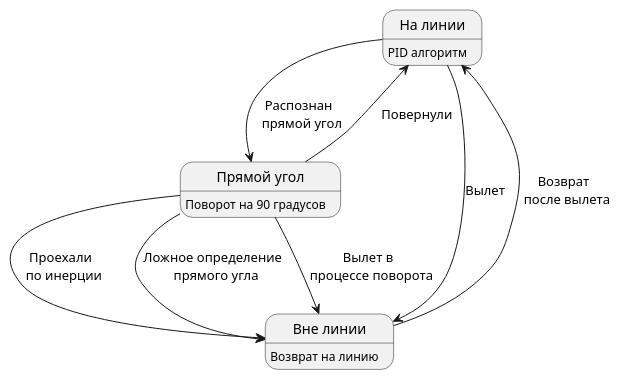
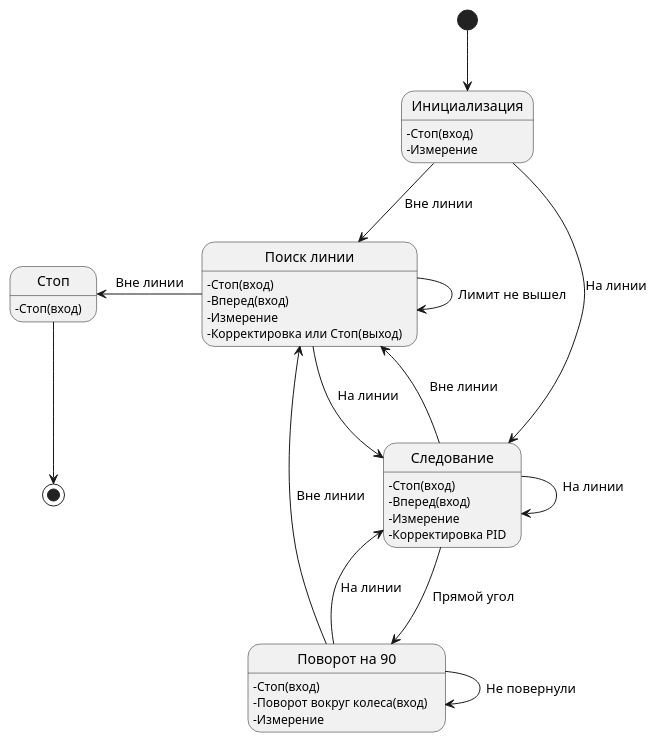
The diagram in doc/bot_state_diagram.puml (makarov-na/alpha-bot2), drawn with PlantUML before and after one commit. The commit also changed other lines of this file and 1 other file, not shown here.

Commit message:
#16 State and class diagrams for state based flow

```diff
--- a/doc/bot_state_diagram.puml
+++ b/doc/bot_state_diagram.puml
@@ -1,18 +1,25 @@
 @startuml
 
-state "На линии" as StateOnLine
-StateOnLine: PID алгоритм
-state "Прямой угол" as StateRightAngle
-StateRightAngle: Поворот на 90 градусов
-state "Вне линии" as StateOffLine
-StateOffLine: Возврат на линию
 
-StateOnLine --> StateRightAngle: Распознан \n прямой угол
-StateOnLine --> StateOffLine: Вылет
-StateOffLine --> StateOnLine: Возврат \n после вылета
-StateRightAngle --> StateOffLine: Проехали \n по инерции
-StateRightAngle --> StateOffLine: Ложное определение \n прямого угла
-StateRightAngle --> StateOffLine: Вылет в \n процессе поворота
-StateRightAngle --> StateOnLine: Повернули
+state "Инициализация" as Init: -Стоп(вход) \n-Измерение
+state "Следование" as Following: -Стоп(вход) \n-Вперед(вход) \n-Измерение \n-Корректировка PID
+state "Поворот на 90" as Turn90: -Стоп(вход) \n-Поворот вокруг колеса(вход) \n-Измерение
+state "Поиск линии" as FindLine: -Стоп(вход) \n-Вперед(вход) \n-Измерение \n-Корректировка или Стоп(выход)
+state "Стоп" as Stop: -Cтоп(вход)
+
+[*] --> Init
+Init --> Following: На линии \n
+Following --> Following: На линии \n
+Following --> Turn90: Прямой угол
+Following --> FindLine: Вне линии \n
+
+Turn90 --> Turn90: Не повернули
+Turn90 -->Following: На линии \n
+Turn90 --> FindLine: Вне линии
+FindLine --> Following: На линии
+FindLine --> FindLine: Лимит не вышел
+Init --> FindLine: Вне линии
+Stop <-- FindLine: Вне линии
+Stop --> [*]
 
 @enduml
```
